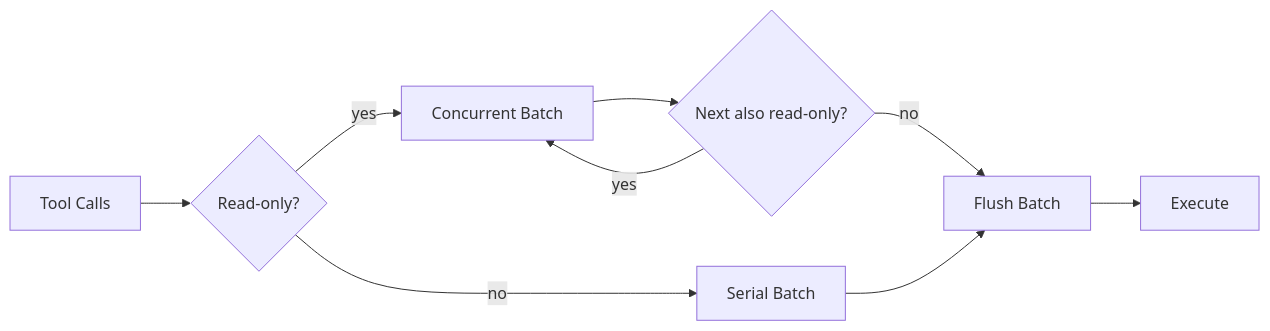
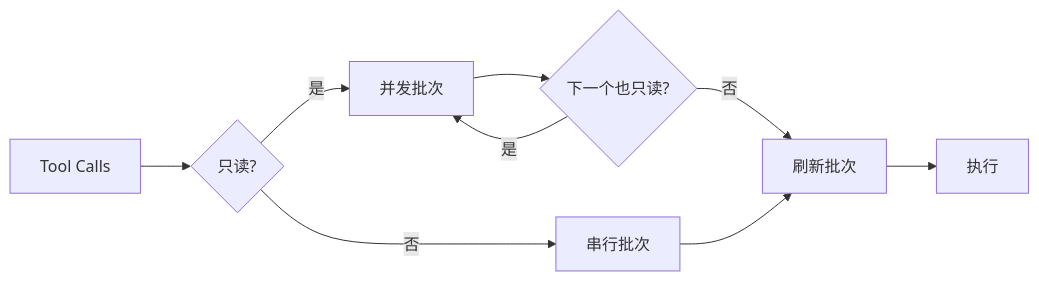
The second of 8 diagrams in docs/02-core-engine.md (wisdom-pan/claude-code-learning), drawn with Mermaid before and after one commit. The commit also changed other lines of this file and 4 other files, not shown here.

````diff
--- a/docs/02-core-engine.md
+++ b/docs/02-core-engine.md
@@ -222,11 +222,11 @@
 ```mermaid
 flowchart LR
-    A[Tool Calls] --> B{Read-only?}
-    B -->|yes| C[Concurrent Batch]
-    B -->|no| D[Serial Batch]
-    C --> E{Next also read-only?}
-    E -->|yes| C
-    E -->|no| F[Flush Batch]
+    A[Tool Calls] --> B{只读?}
+    B -->|是| C[并发批次]
+    B -->|否| D[串行批次]
+    C --> E{下一个也只读?}
+    E -->|是| C
+    E -->|否| F[刷新批次]
     D --> F
-    F --> G[Execute]
+    F --> G[执行]
 ```
````
